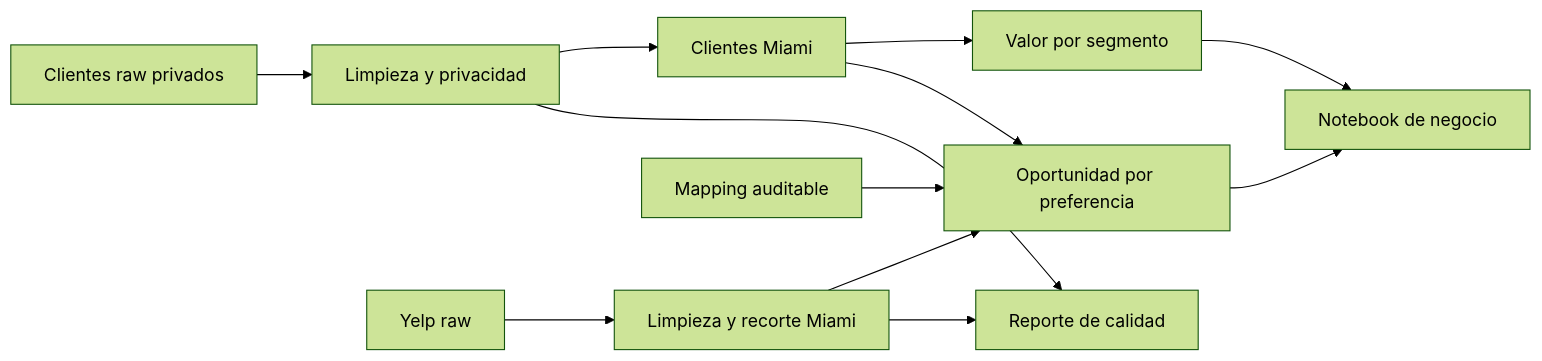
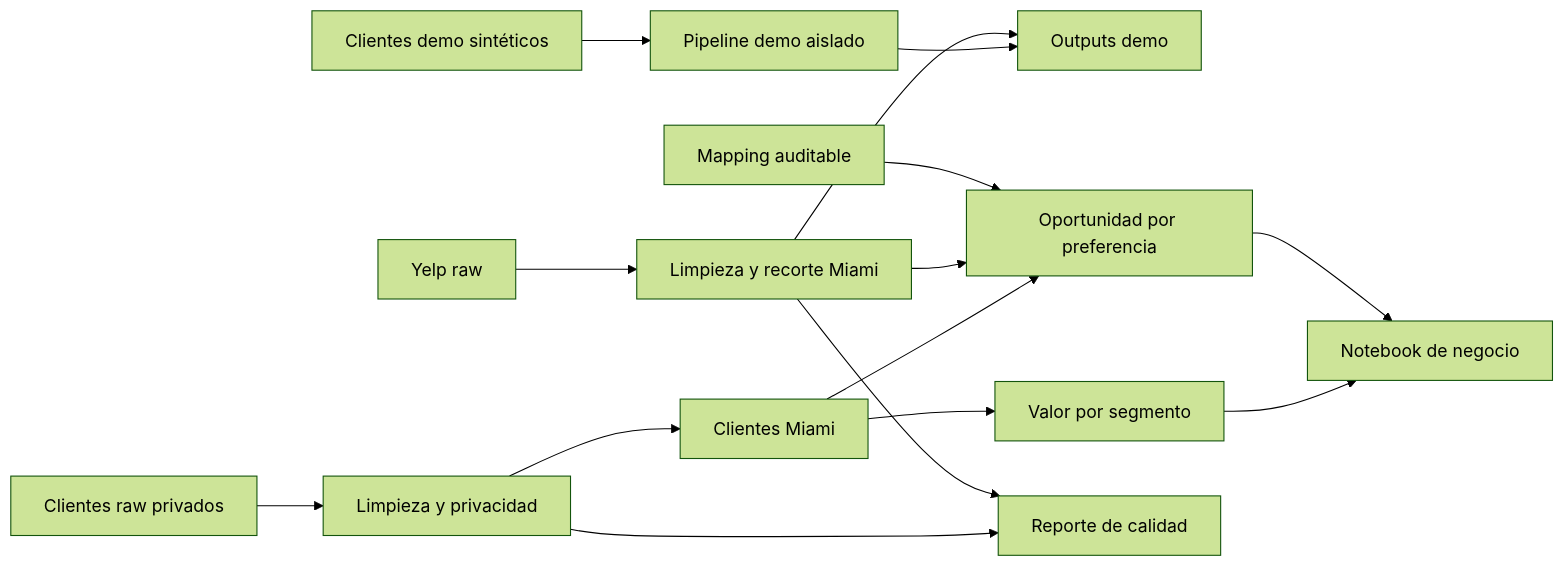
Before and after one commit to HeKoXCode/miami-restaurant-opportunity-etl: the diagram in README.md, drawn with Mermaid (forest theme). The commit also changed other lines of this file and 46 other files, not shown here.

Commit message:
feat: complete ETL intermediate roadmap

````diff
--- a/README.md
+++ b/README.md
@@ -49,14 +49,17 @@
 ```mermaid
 flowchart LR
   A[Clientes raw privados] --> B[Limpieza y privacidad]
+  A2[Clientes demo sintéticos] --> B2[Pipeline demo aislado]
   C[Yelp raw] --> D[Limpieza y recorte Miami]
   B --> E[Clientes Miami]
+  B2 --> E2[Outputs demo]
+  D --> E2
   E --> F[Valor por segmento]
   E --> G[Oportunidad por preferencia]
   D --> G
   H[Mapping auditable] --> G
   F --> I[Notebook de negocio]
   G --> I
   B --> J[Reporte de calidad]
   D --> J
 ```
````
